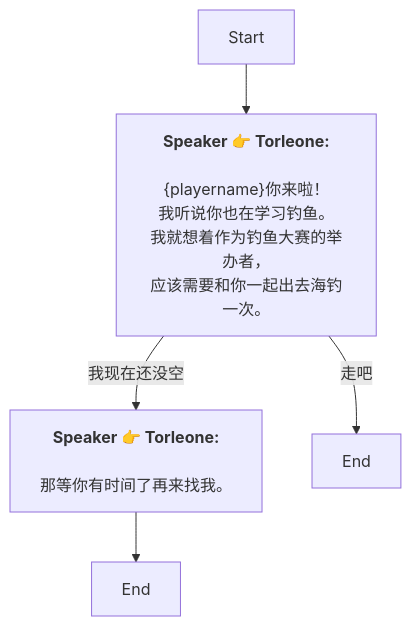
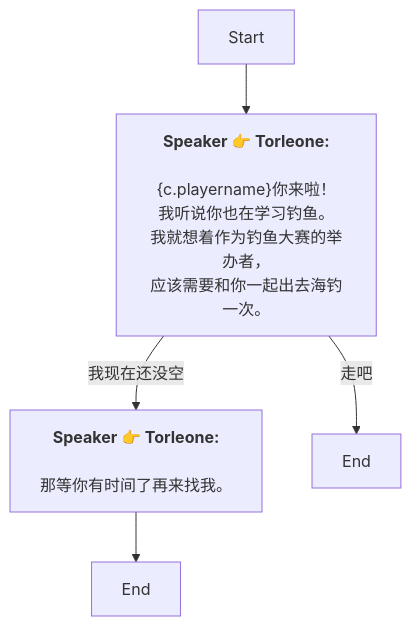
The diagram in Zh/QuestTalkObjectiveNode_1756252308078735.md (SoftHu/tos_avg), drawn with Mermaid before and after one commit. The commit also changed 410 other files, not shown here.

````diff
--- a/Zh/QuestTalkObjectiveNode_1756252308078735.md
+++ b/Zh/QuestTalkObjectiveNode_1756252308078735.md
@@ -1,12 +1,12 @@
 ```mermaid
 graph
 Start -->1756252624199884[<b>Speaker 👉 Torleone:</b>
-\n&lbrace;playername&rbrace;你来啦！
+\n&lbrace;c.playername&rbrace;你来啦！
 我听说你也在学习钓鱼。\n我就想着作为钓鱼大赛的举办者，
 应该需要和你一起出去海钓一次。]
 1756252624199884 -->|我现在还没空|1756252674743506[<b>Speaker 👉 Torleone:</b>
 \n那等你有时间了再来找我。]
 1756252624199884 -->|走吧|1756252702928083[End]
 1756252674743506 -->1756252708831444[End]
 
 ```
````
